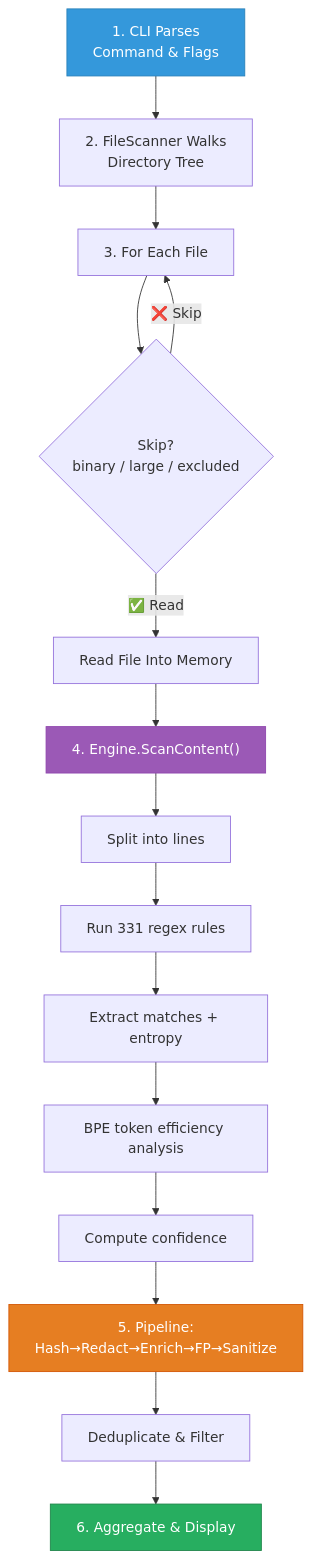
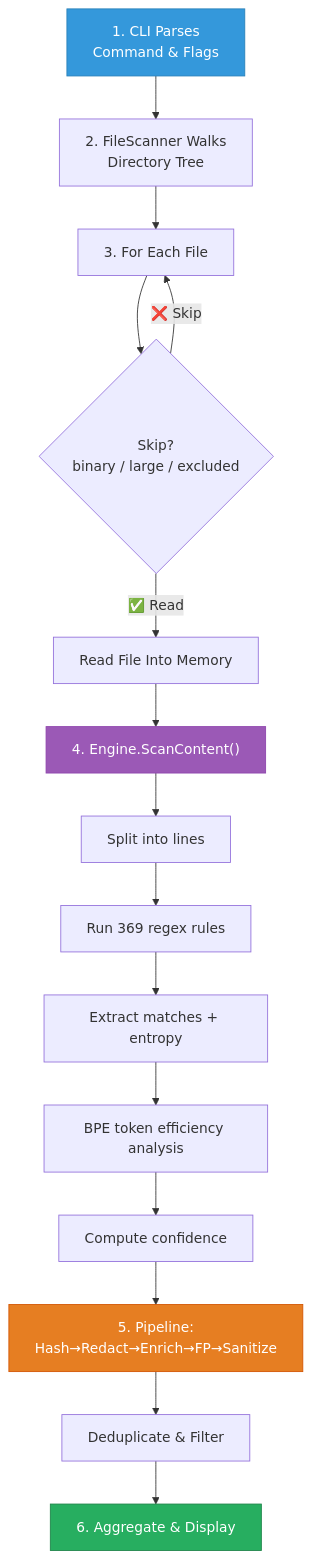
One commit to svemulapati/CredVigil changed diagram 26 of 40 in docs/training/01-core-detection-engine.md. Above: the diagram before and after it, drawn with Mermaid. The commit also changed other lines of this file and 20 other files, not shown here.

````diff
--- a/docs/training/01-core-detection-engine.md
+++ b/docs/training/01-core-detection-engine.md
@@ -1427,21 +1427,21 @@
 ```mermaid
 flowchart TD
     A["1. CLI Parses\nCommand & Flags"] --> B["2. FileScanner Walks\nDirectory Tree"]
     B --> C["3. For Each File"]
     C --> D{"Skip?\nbinary / large / excluded"}
     D -->|"❌ Skip"| C
     D -->|"✅ Read"| E["Read File Into Memory"]
     E --> F["4. Engine.ScanContent()"]
     F --> G["Split into lines"]
-    G --> H["Run 331 regex rules"]
+    G --> H["Run 369 regex rules"]
     H --> I["Extract matches + entropy"]
     I --> J["BPE token efficiency analysis"]
     J --> K["Compute confidence"]
     K --> L["5. Pipeline:\nHash→Redact→Enrich→FP→Sanitize"]
     L --> M["Deduplicate & Filter"]
     M --> N["6. Aggregate & Display"]
     style A fill:#3498DB,stroke:#2980B9,color:#fff
     style F fill:#9B59B6,stroke:#8E44AD,color:#fff
     style L fill:#E67E22,stroke:#D35400,color:#fff
     style N fill:#27AE60,stroke:#1E8449,color:#fff
 ```
````
